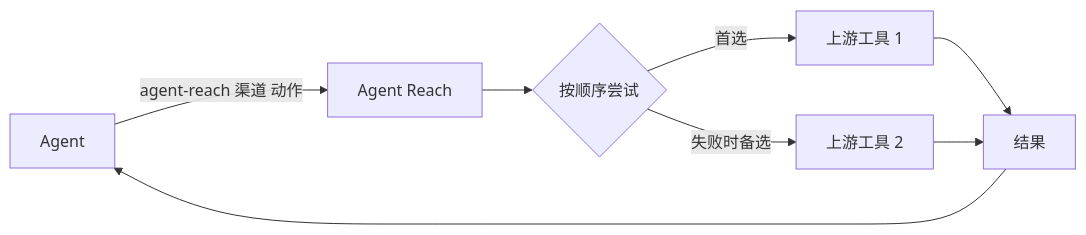
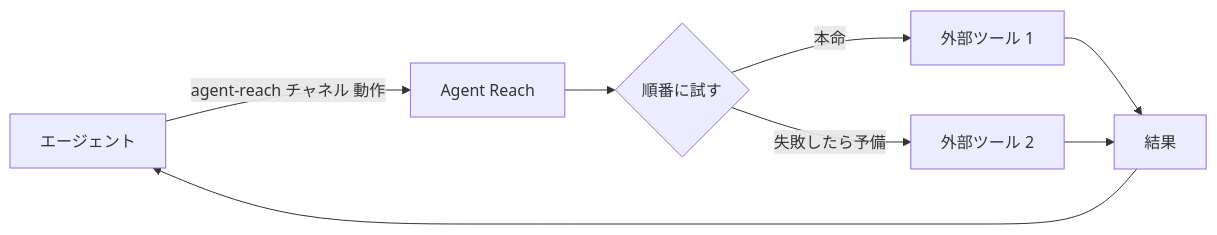
Before and after one commit to hipppppo7/Agent-Reach: the diagram in README.md, drawn with Mermaid. The commit also changed other lines of this file and 3 other files, not shown here.

````diff
--- a/README.md
+++ b/README.md
@@ -175,10 +184,10 @@
 ```mermaid
 flowchart LR
-    A[Agent] -->|agent-reach 渠道 动作| B[Agent Reach]
-    B --> C{按顺序尝试}
-    C -->|首选| D[上游工具 1]
-    C -->|失败时备选| E[上游工具 2]
-    D --> F[结果]
+    A[エージェント] -->|agent-reach チャネル 動作| B[Agent Reach]
+    B --> C{順番に試す}
+    C -->|本命| D[外部ツール 1]
+    C -->|失敗したら予備| E[外部ツール 2]
+    D --> F[結果]
     E --> F
     F --> A
 ```
````
